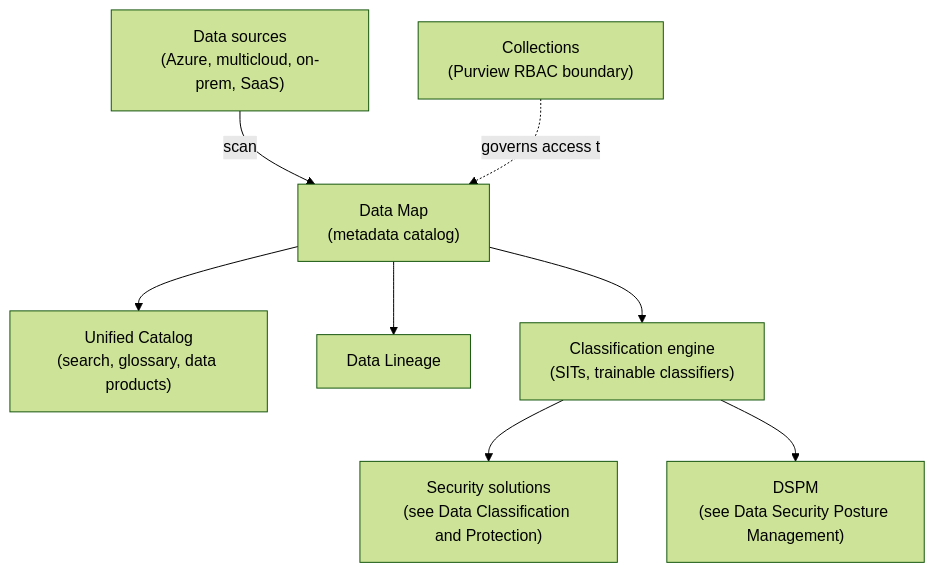
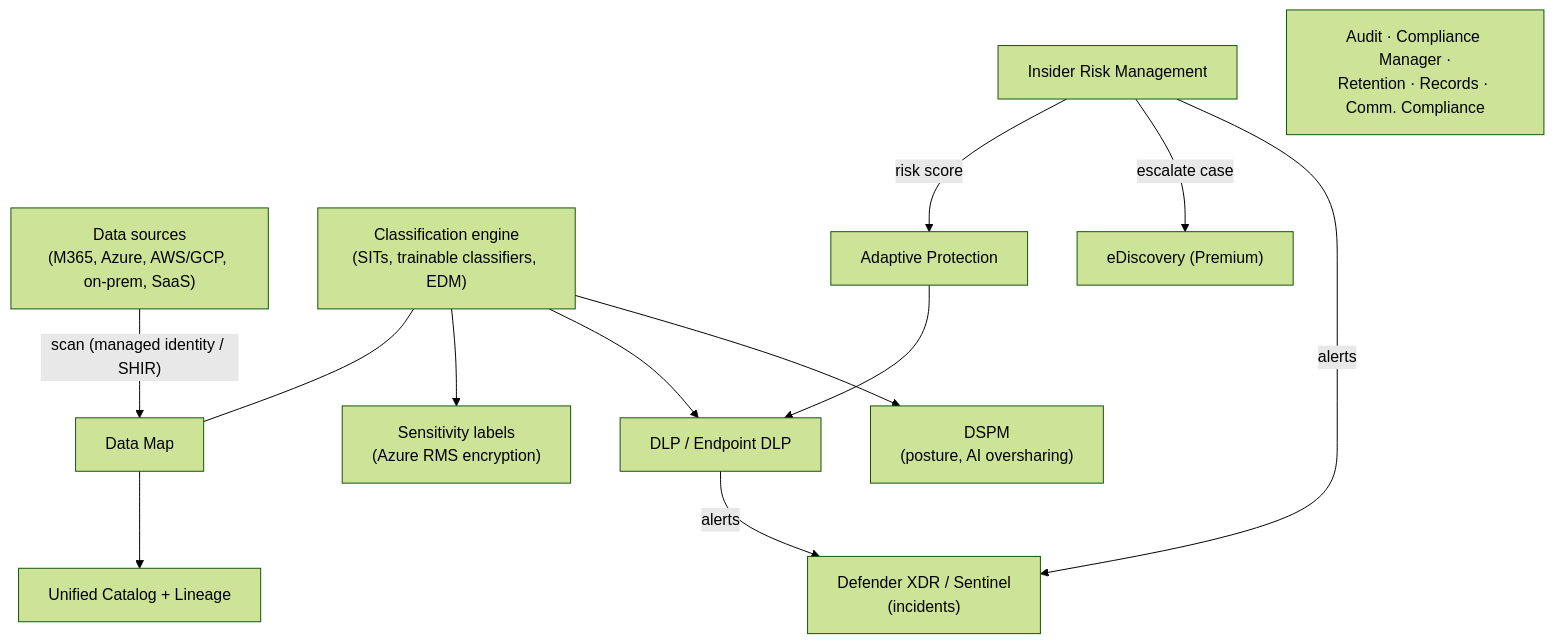
One commit to DhruvKai/SC-100 changed the diagram in Azure Technologies/Purview.md. Above: the diagram before and after it, drawn with Mermaid (forest theme). The commit also changed other lines of this file and 20 other files, not shown here.

First line of the commit message:
Add Azure Traffic Manager note, rebuild Purview master note, fix broken aliased links

````diff
--- a/Azure Technologies/Purview.md
+++ b/Azure Technologies/Purview.md
@@ -24,12 +96,14 @@
 ```mermaid
 flowchart TD
-    Sources["Data sources<br/>(Azure, multicloud, on-prem, SaaS)"] -->|scan| DataMap["Data Map<br/>(metadata catalog)"]
-    DataMap --> Catalog["Unified Catalog<br/>(search, glossary, data products)"]
-    DataMap --> Lineage["Data Lineage"]
-    DataMap --> Class["Classification engine<br/>(SITs, trainable classifiers)"]
-
-    Class --> Security["Security solutions<br/>(see Data Classification and Protection)"]
-    Class --> DSPM["DSPM<br/>(see Data Security Posture Management)"]
-
-    Collections["Collections<br/>(Purview RBAC boundary)"] -.governs access to.-> DataMap
+    Sources["Data sources<br/>(M365, Azure, AWS/GCP, on-prem, SaaS)"] -->|"scan (managed identity / SHIR)"| DataMap["Data Map"]
+    DataMap --> Catalog["Unified Catalog + Lineage"]
+    Class["Classification engine<br/>(SITs, trainable classifiers, EDM)"] --- DataMap
+    Class --> Labels["Sensitivity labels<br/>(Azure RMS encryption)"]
+    Class --> DLP["DLP / Endpoint DLP"]
+    Class --> DSPM["DSPM<br/>(posture, AI oversharing)"]
+    IRM["Insider Risk Management"] -->|"risk score"| AP["Adaptive Protection"] --> DLP
+    IRM -->|"escalate case"| ED["eDiscovery (Premium)"]
+    DLP -->|"alerts"| XDR["Defender XDR / Sentinel<br/>(incidents)"]
+    IRM -->|"alerts"| XDR
+    Compliance["Audit · Compliance Manager ·<br/>Retention · Records · Comm. Compliance"]
 ```
````
